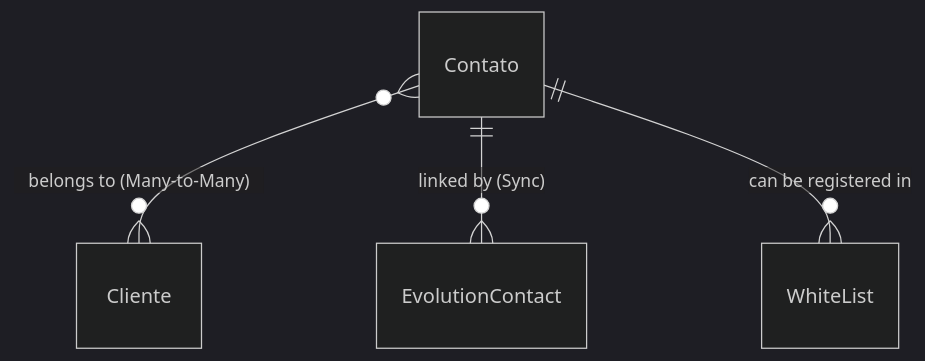
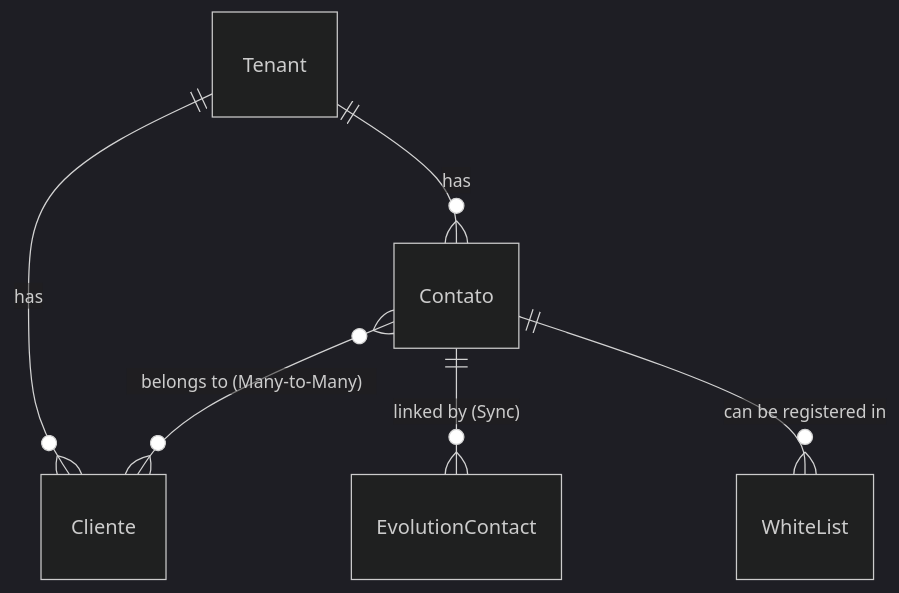
The diagram in smart-agent-config/doc_dev/modelagem_dados/02_modulo_clientes.md (pwlimaverde/smart-core-assistant-v2), drawn with Mermaid (dark theme) before and after one commit. The commit also changed other lines of this file and 11 other files, not shown here.

````diff
--- a/smart-agent-config/doc_dev/modelagem_dados/02_modulo_clientes.md
+++ b/smart-agent-config/doc_dev/modelagem_dados/02_modulo_clientes.md
@@ -9,6 +9,8 @@
 ```mermaid
 erDiagram
+    Tenant ||--o{ Contato : "has"
+    Tenant ||--o{ Cliente : "has"
     Contato }o--o{ Cliente : "belongs to (Many-to-Many)"
     Contato ||--o{ EvolutionContact : "linked by (Sync)"
     Contato ||--o{ WhiteList : "can be registered in"
 ```
````
